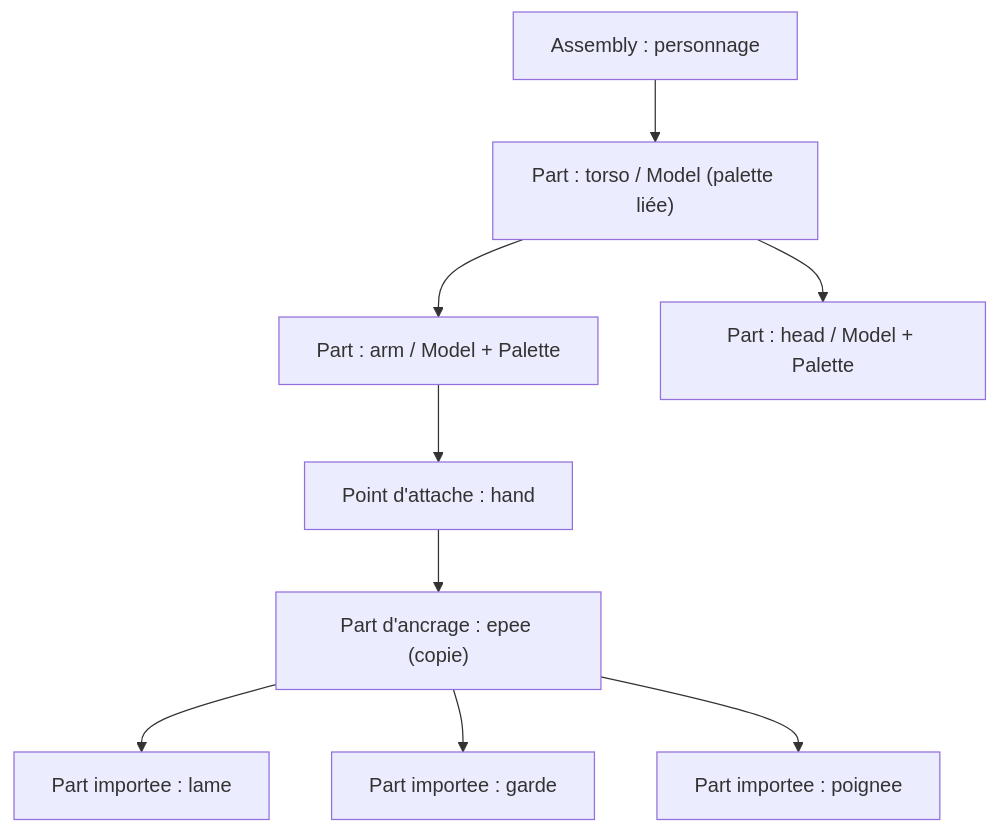
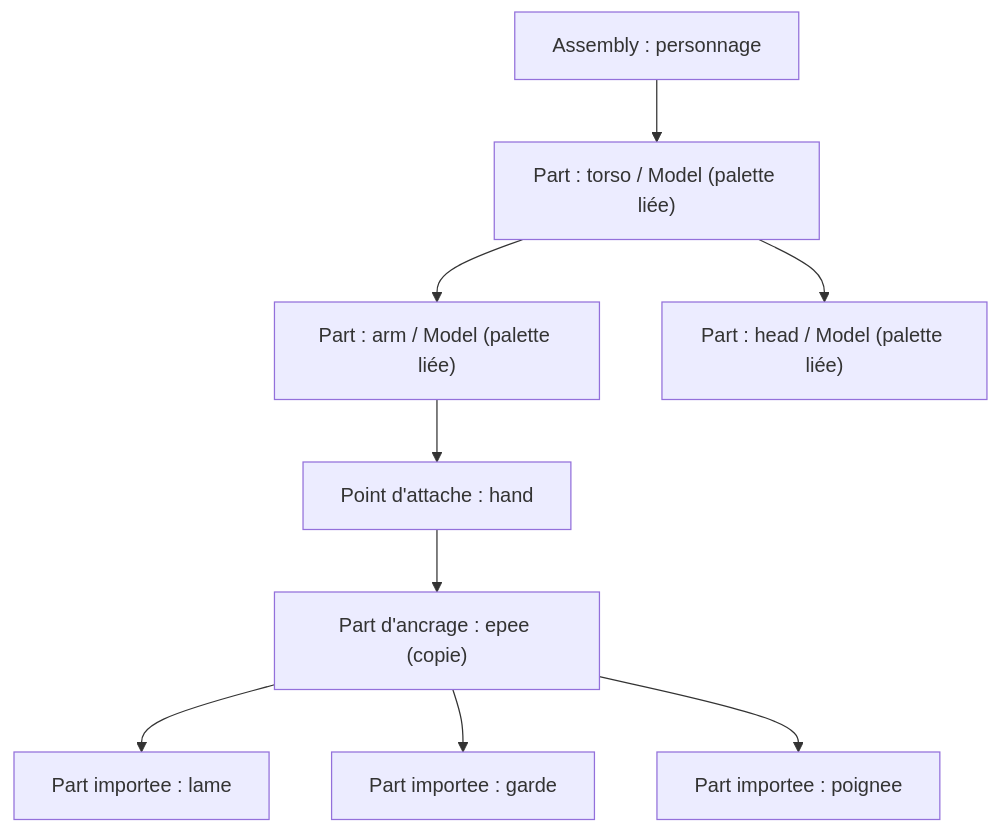
The first of 2 diagrams in docs/voxel-engine-v0.1.4/06-assemblies-scene.md (EreliaStudio/Sparkle), drawn with Mermaid before and after one commit. The commit also changed other lines of this file and 9 other files, not shown here.

````diff
--- a/docs/voxel-engine-v0.1.4/06-assemblies-scene.md
+++ b/docs/voxel-engine-v0.1.4/06-assemblies-scene.md
@@ -13,11 +13,11 @@
 ```mermaid
 flowchart TD
   Root["Assembly : personnage"] --> Torso["Part : torso / Model (palette liée)"]
-  Torso --> Arm["Part : arm / Model + Palette"]
+  Torso --> Arm["Part : arm / Model (palette liée)"]
   Arm --> Hand["Point d'attache : hand"]
   Hand --> Mount["Part d'ancrage : epee (copie)"]
   Mount --> Blade["Part importee : lame"]
   Mount --> Guard["Part importee : garde"]
   Mount --> Grip["Part importee : poignee"]
-  Torso --> Head["Part : head / Model + Palette"]
+  Torso --> Head["Part : head / Model (palette liée)"]
 ```
````
